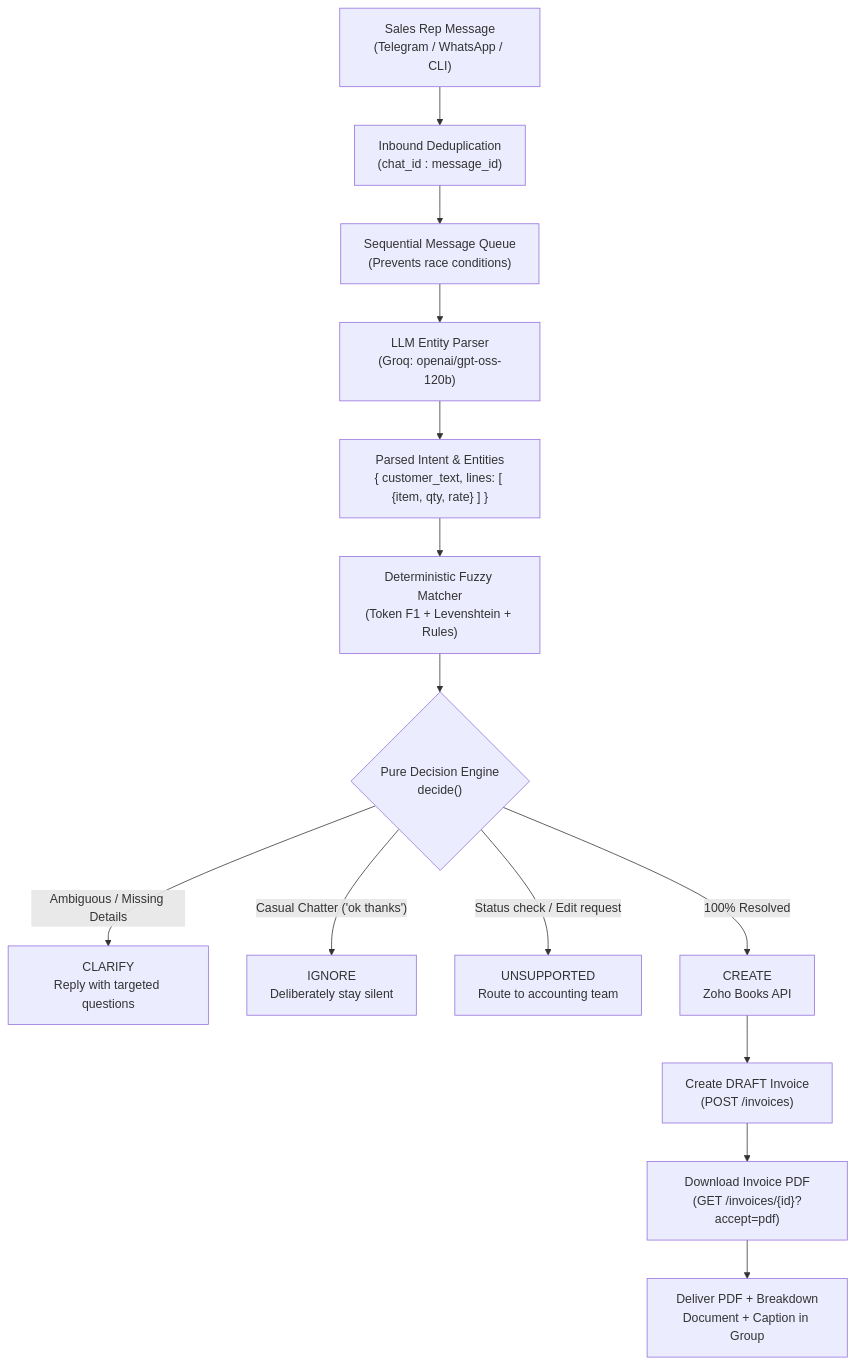
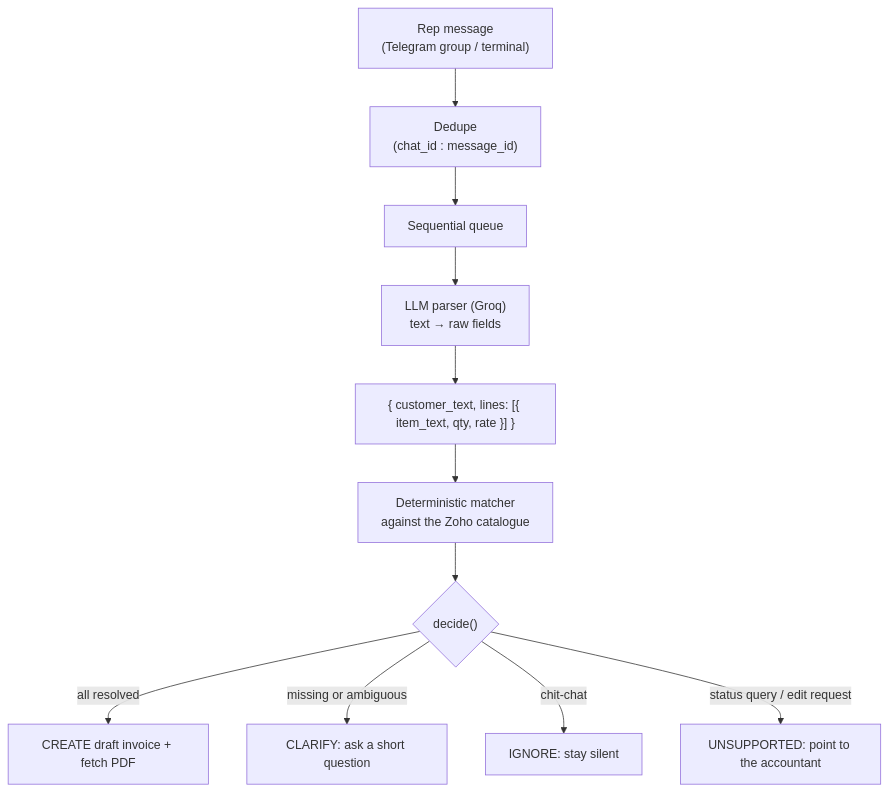
The diagram in README.md (arjunvkaimal/zoho-invoice-agent), drawn with Mermaid before and after one commit. The commit also changed other lines of this file, not shown here.

````diff
--- a/README.md
+++ b/README.md
@@ -25,18 +41,13 @@
 ```mermaid
 flowchart TD
-    A["Sales Rep Message<br/>(Telegram / WhatsApp / CLI)"] --> B["Inbound Deduplication<br/>(chat_id : message_id)"]
-    B --> C["Sequential Message Queue<br/>(Prevents race conditions)"]
-    C --> D["LLM Entity Parser<br/>(Groq: openai/gpt-oss-120b)"]
-    D --> E["Parsed Intent & Entities<br/>{ customer_text, lines: [ {item, qty, rate} ] }"]
-    E --> F["Deterministic Fuzzy Matcher<br/>(Token F1 + Levenshtein + Rules)"]
-    F --> G{"Pure Decision Engine<br/>decide()"}
-    
-    G -->|"Ambiguous / Missing Details"| H["CLARIFY<br/>Reply with targeted questions"]
-    G -->|"Casual Chatter ('ok thanks')"| I["IGNORE<br/>Deliberately stay silent"]
-    G -->|"Status check / Edit request"| J["UNSUPPORTED<br/>Route to accounting team"]
-    G -->|"100% Resolved"| K["CREATE<br/>Zoho Books API"]
-    
-    K --> L["Create DRAFT Invoice<br/>(POST /invoices)"]
-    L --> M["Download Invoice PDF<br/>(GET /invoices/{id}?accept=pdf)"]
-    M --> N["Deliver PDF + Breakdown<br/>Document + Caption in Group"]
+  A["Rep message\n(Telegram group / terminal)"] --> B["Dedupe\n(chat_id : message_id)"]
+  B --> C["Sequential queue"]
+  C --> D["LLM parser (Groq)\ntext → raw fields"]
+  D --> E["{ customer_text, lines: [{ item_text, qty, rate }] }"]
+  E --> F["Deterministic matcher\nagainst the Zoho catalogue"]
+  F --> G{"decide()"}
+  G -->|"all resolved"| H["CREATE draft invoice + fetch PDF"]
+  G -->|"missing or ambiguous"| I["CLARIFY: ask a short question"]
+  G -->|"chit-chat"| J["IGNORE: stay silent"]
+  G -->|"status query / edit request"| K["UNSUPPORTED: point to the accountant"]
 ```
````
